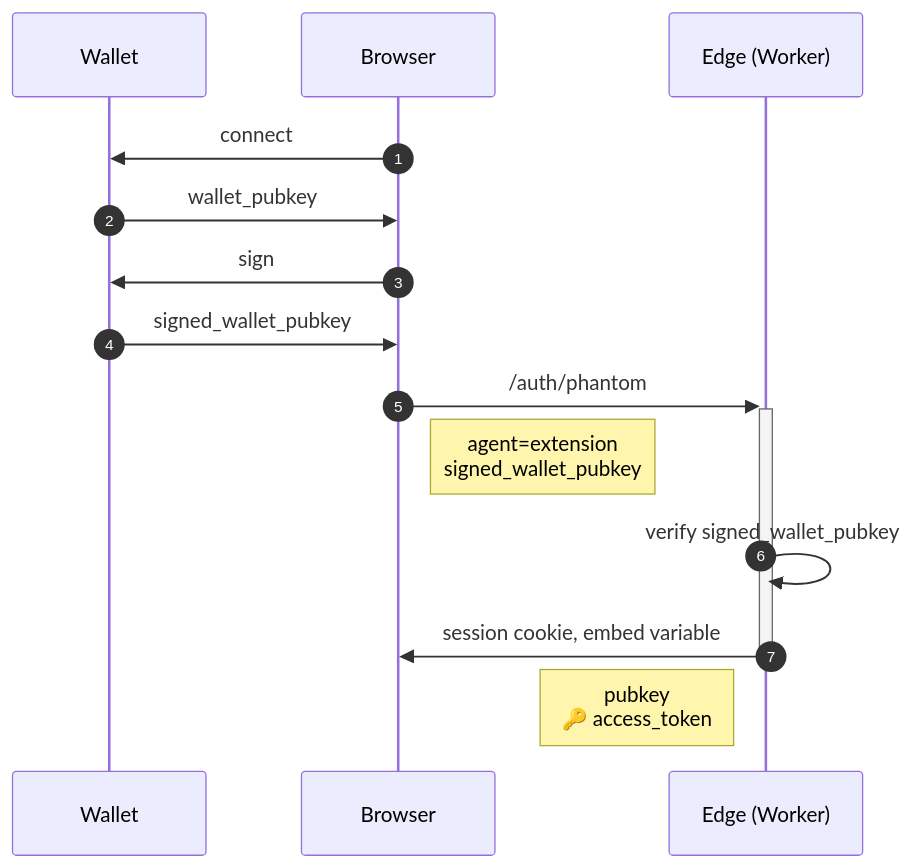
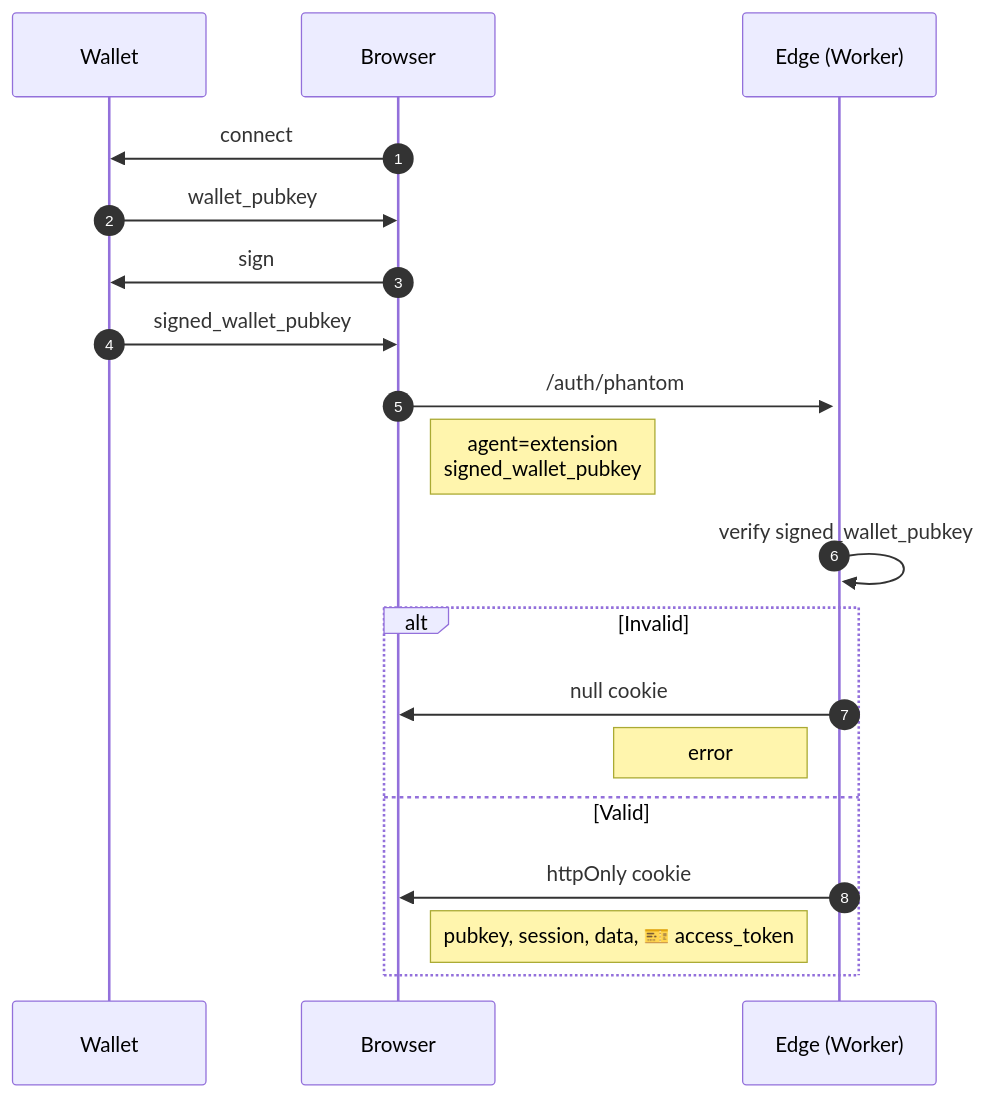
The third of 5 diagrams in src/solana/nft-memberships.md (gist-rs/book), drawn with Mermaid before and after one commit. The commit also changed other lines of this file and 2 other files, not shown here.

Commit message:
changed approach, use js, cookie

````diff
--- a/src/solana/nft-memberships.md
+++ b/src/solana/nft-memberships.md
@@ -37,16 +42,21 @@
 ```mermaid
 sequenceDiagram
   autonumber
   participant wallet as Wallet
   participant browser as Browser
   participant edge as Edge (Worker)
   browser->>wallet: connect
   wallet->>browser: wallet_pubkey
     browser->>wallet: sign
   wallet->>browser: signed_wallet_pubkey
   browser->>+edge: /auth/phantom
   Note right of browser: agent=extension<br>signed_wallet_pubkey
   edge->>edge: verify signed_wallet_pubkey
-  edge->>-browser: session cookie, embed variable
-  Note left of edge: pubkey<br>🔑 access_token
+  alt Invalid
+    edge->>browser: null cookie
+    Note left of edge: error
+  else Valid
+    edge->>browser: httpOnly cookie
+    Note left of edge: pubkey, session, data, 🎫 access_token
+  end
 ```
````
